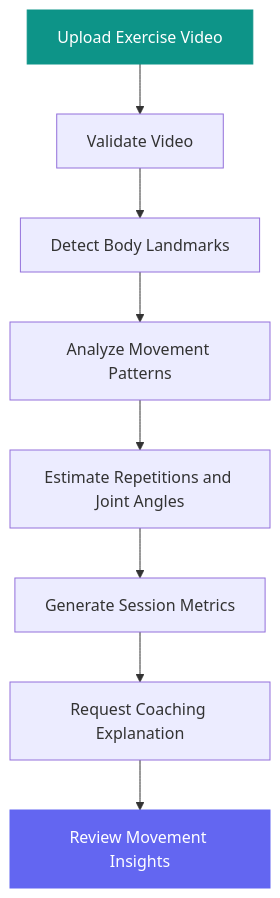
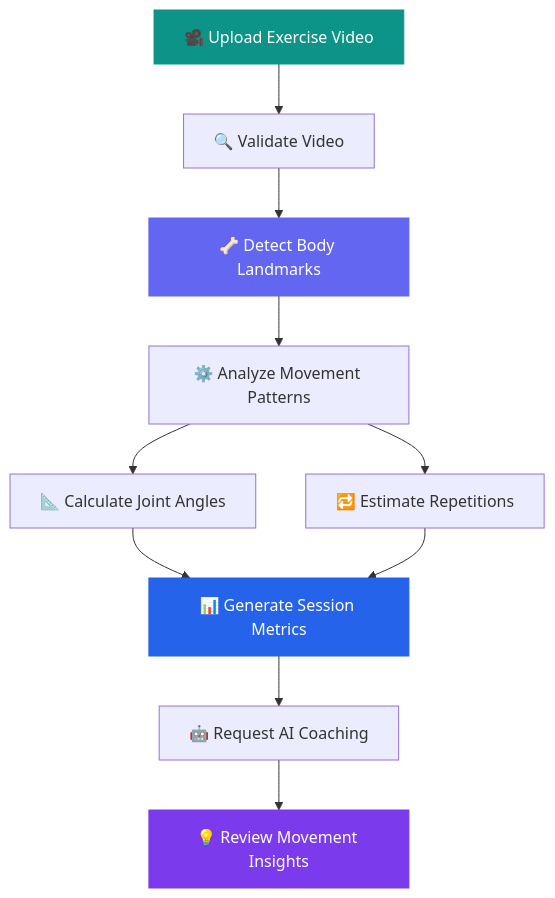
One commit to Madhuri-Kumari2504/HiperMove-Mobility-Assistant changed the first of 2 diagrams in README.md. Above: the diagram before and after it, drawn with Mermaid. The commit also changed other lines of this file, not shown here.

````diff
--- a/README.md
+++ b/README.md
@@ -65,13 +76,24 @@
 ```mermaid
 flowchart TD
-    A[Upload Exercise Video] --> B[Validate Video]
-    B --> C[Detect Body Landmarks]
-    C --> D[Analyze Movement Patterns]
-    D --> E[Estimate Repetitions and Joint Angles]
-    E --> F[Generate Session Metrics]
-    F --> G[Request Coaching Explanation]
-    G --> H[Review Movement Insights]
+    A["🎥 Upload Exercise Video"]
+    B["🔍 Validate Video"]
+    C["🦴 Detect Body Landmarks"]
+    D["⚙️ Analyze Movement Patterns"]
+    E["📐 Calculate Joint Angles"]
+    F["🔁 Estimate Repetitions"]
+    G["📊 Generate Session Metrics"]
+    H["🤖 Request AI Coaching"]
+    I["💡 Review Movement Insights"]
 
-    style A fill:#0D9488,color:#ffffff,stroke:#0D9488
-    style H fill:#6366F1,color:#ffffff,stroke:#6366F1
+    A --> B --> C --> D
+    D --> E
+    D --> F
+    E --> G
+    F --> G
+    G --> H --> I
+
+    style A fill:#0D9488,color:#fff,stroke:#0D9488
+    style C fill:#6366F1,color:#fff,stroke:#6366F1
+    style G fill:#2563EB,color:#fff,stroke:#2563EB
+    style I fill:#7C3AED,color:#fff,stroke:#7C3AED
 ```
````
